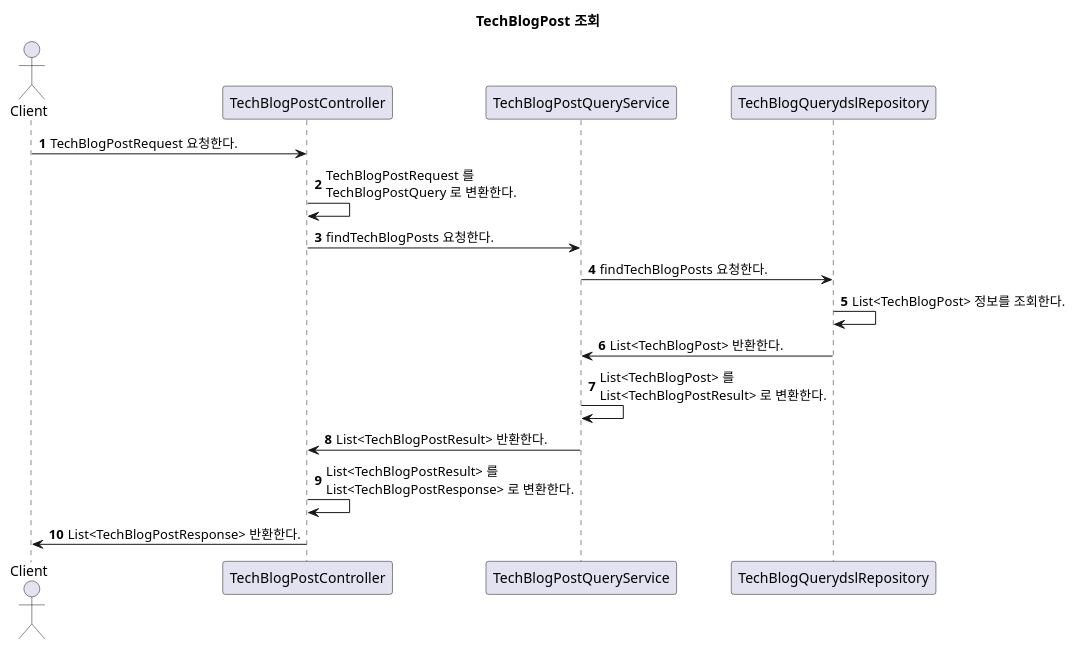
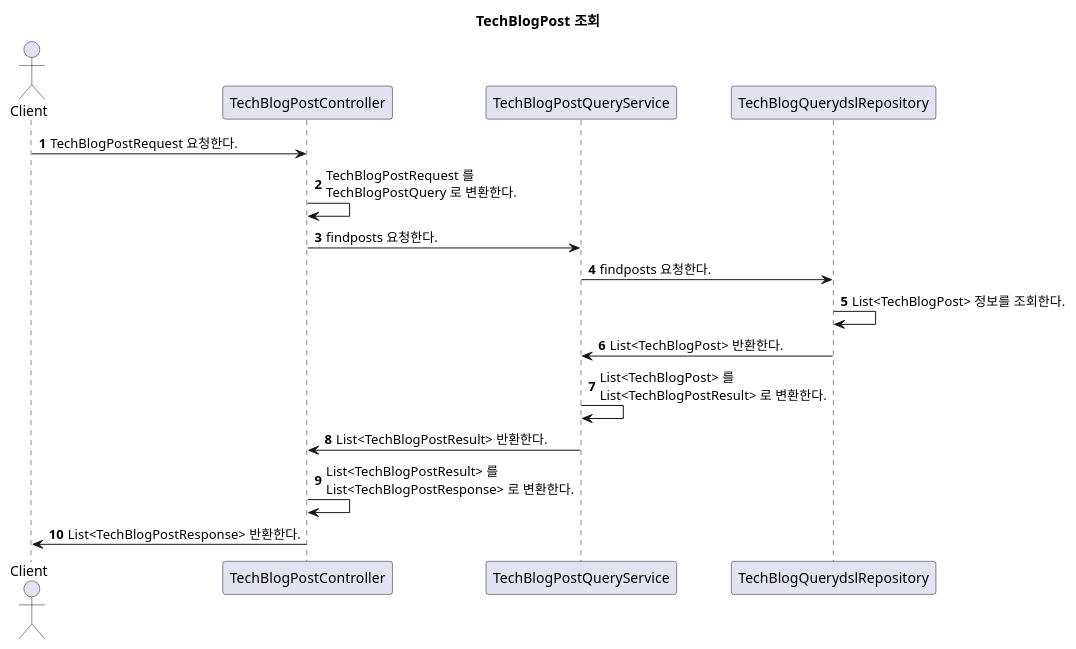
Before and after one commit to techpost-kr/techpost-be: the diagram in docs/uml/domain/techblogpost/techBlogPost_조회1.puml, drawn with PlantUML. The commit also changed 35 other files, not shown here.

```diff
--- a/docs/uml/domain/techblogpost/techBlogPost_조회1.puml
+++ b/docs/uml/domain/techblogpost/techBlogPost_조회1.puml
@@ -1,26 +1,26 @@
 @startuml
 'https://plantuml.com/sequence-diagram
 
 title: TechBlogPost 조회
 
 autonumber
 
 actor Client
 
 Client -> TechBlogPostController: TechBlogPostRequest 요청한다.
 TechBlogPostController -> TechBlogPostController: TechBlogPostRequest 를 \nTechBlogPostQuery 로 변환한다.
-TechBlogPostController -> TechBlogPostQueryService: findTechBlogPosts 요청한다.
+TechBlogPostController -> TechBlogPostQueryService: findposts 요청한다.
 
-TechBlogPostQueryService -> TechBlogQuerydslRepository: findTechBlogPosts 요청한다.
+TechBlogPostQueryService -> TechBlogQuerydslRepository: findposts 요청한다.
 
 TechBlogQuerydslRepository -> TechBlogQuerydslRepository: List<TechBlogPost> 정보를 조회한다.
 TechBlogQuerydslRepository -> TechBlogPostQueryService: List<TechBlogPost> 반환한다.
 
 TechBlogPostQueryService -> TechBlogPostQueryService: List<TechBlogPost> 를 \nList<TechBlogPostResult> 로 변환한다.
 TechBlogPostQueryService -> TechBlogPostController: List<TechBlogPostResult> 반환한다.
 
 TechBlogPostController -> TechBlogPostController: List<TechBlogPostResult> 를 \nList<TechBlogPostResponse> 로 변환한다.
 TechBlogPostController -> Client: List<TechBlogPostResponse> 반환한다.
 
 
 @enduml
```
